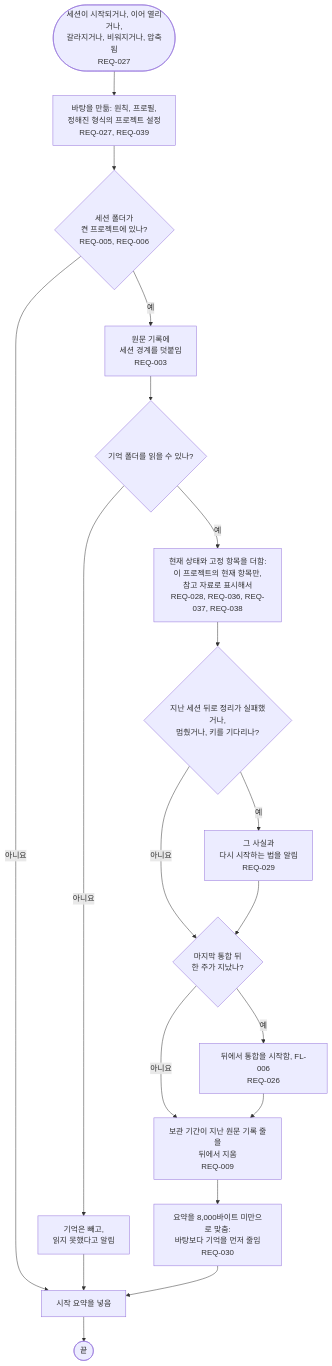
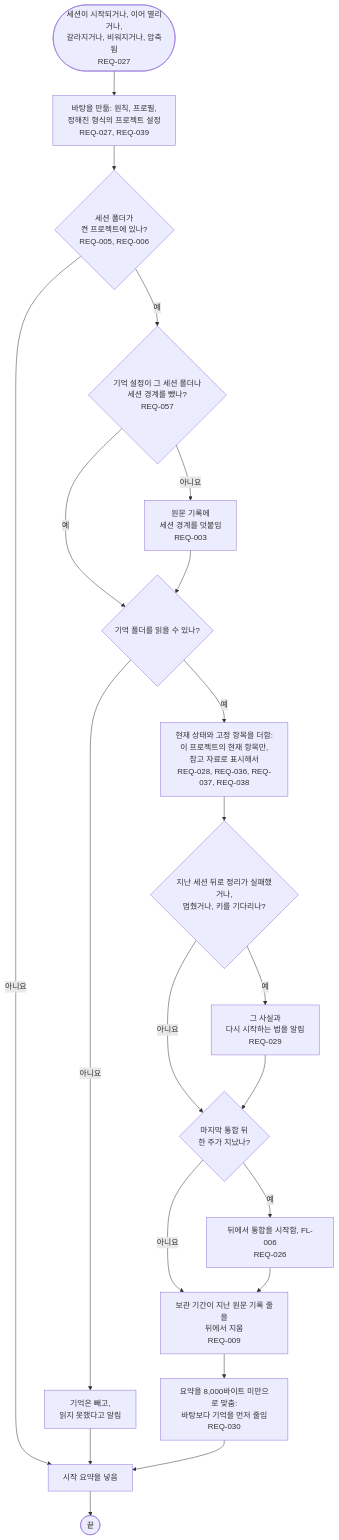
The diagram in docs/03-user-flow/memory/FL-003-start-a-session.ko.md (kodonghui/corthex), drawn with Mermaid before and after one commit. The commit also changed other lines of this file and 3 other files, not shown here.

First line of the commit message:
docs: check each raw log entry kind on its own in the capture flows

````diff
--- a/docs/03-user-flow/memory/FL-003-start-a-session.ko.md
+++ b/docs/03-user-flow/memory/FL-003-start-a-session.ko.md
@@ -9,21 +9,23 @@
 ```mermaid
 flowchart TD
   A(["세션이 시작되거나, 이어 열리거나,<br/>갈라지거나, 비워지거나, 압축됨<br/>REQ-027"]) --> B["바탕을 만듦: 원칙, 프로필,<br/>정해진 형식의 프로젝트 설정<br/>REQ-027, REQ-039"]
   B --> C{"세션 폴더가<br/>켠 프로젝트에 있나?<br/>REQ-005, REQ-006"}
   C -->|아니요| S["시작 요약을 넣음"]
   S --> Z(["끝"])
-  C -->|예| D["원문 기록에<br/>세션 경계를 덧붙임<br/>REQ-003"]
+  C -->|예| X{"기억 설정이 그 세션 폴더나<br/>세션 경계를 뺐나?<br/>REQ-057"}
+  X -->|예| E
+  X -->|아니요| D["원문 기록에<br/>세션 경계를 덧붙임<br/>REQ-003"]
   D --> E{"기억 폴더를 읽을 수 있나?"}
   E -->|아니요| E1["기억은 빼고,<br/>읽지 못했다고 알림"]
   E1 --> S
   E -->|예| F["현재 상태와 고정 항목을 더함:<br/>이 프로젝트의 현재 항목만,<br/>참고 자료로 표시해서<br/>REQ-028, REQ-036, REQ-037, REQ-038"]
   F --> G{"지난 세션 뒤로 정리가 실패했거나,<br/>멈췄거나, 키를 기다리나?"}
   G -->|예| G1["그 사실과<br/>다시 시작하는 법을 알림<br/>REQ-029"]
   G -->|아니요| H{"마지막 통합 뒤<br/>한 주가 지났나?"}
   G1 --> H
   H -->|예| H1["뒤에서 통합을 시작함, FL-006<br/>REQ-026"]
   H -->|아니요| I["보관 기간이 지난 원문 기록 줄을<br/>뒤에서 지움<br/>REQ-009"]
   H1 --> I
   I --> J["요약을 8,000바이트 미만으로 맞춤:<br/>바탕보다 기억을 먼저 줄임<br/>REQ-030"]
   J --> S
 ```
````
